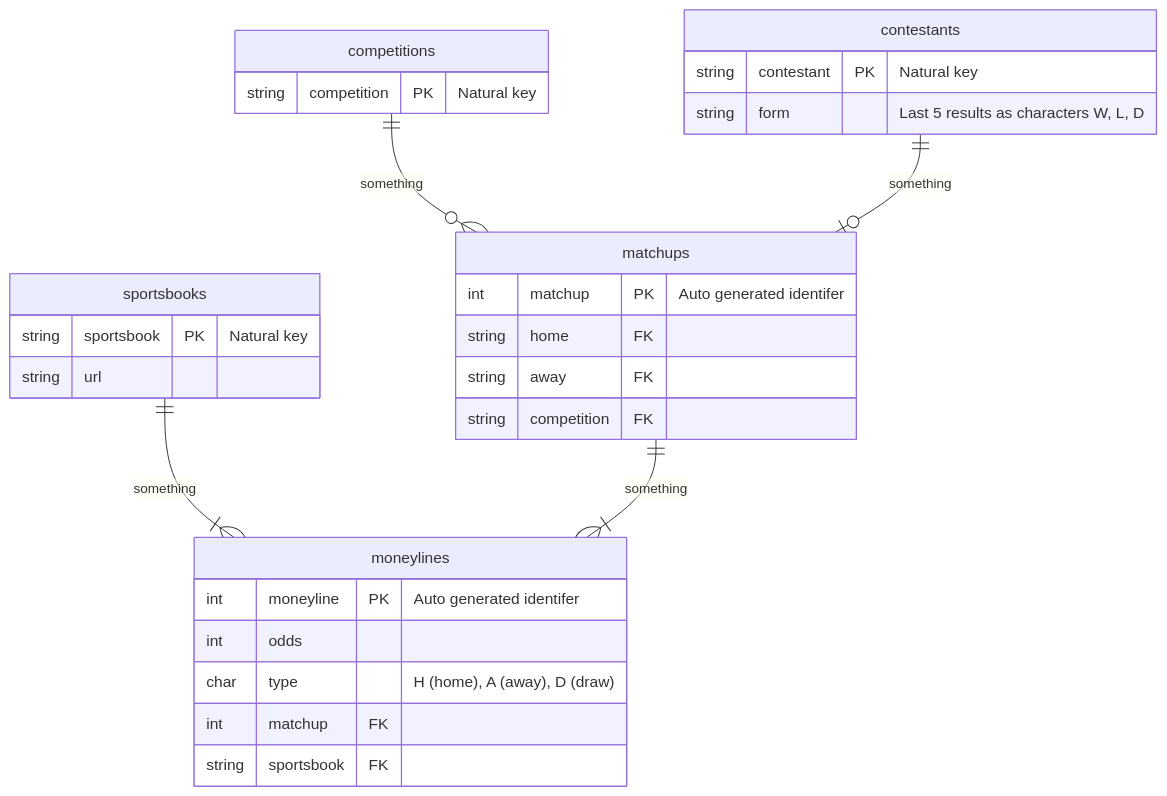
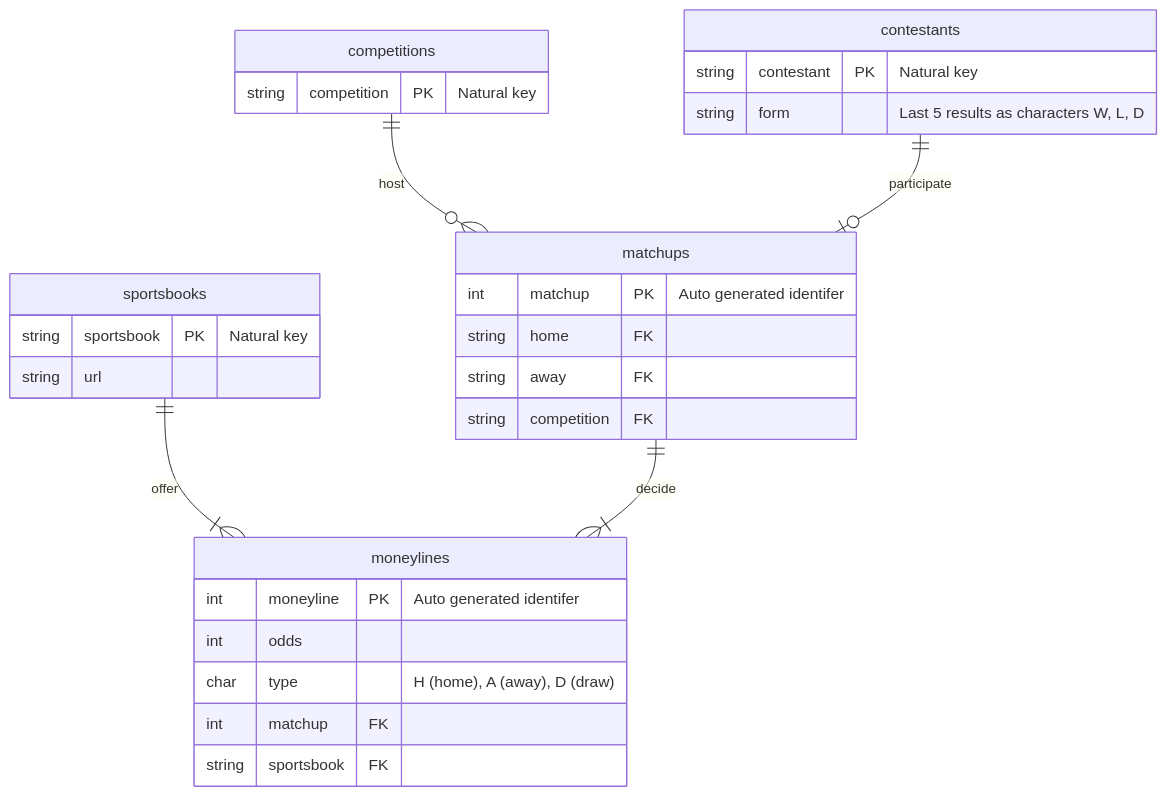
One commit to EECE3093C/team-project-the-over-under changed the diagram in docs/DatabaseDesign/DB-ERD.md. Above: the diagram before and after it, drawn with Mermaid.

Commit message:
Update DB-ERD.md
#65

````diff
--- a/docs/DatabaseDesign/DB-ERD.md
+++ b/docs/DatabaseDesign/DB-ERD.md
@@ -1,37 +1,37 @@
 ```mermaid
 
 erDiagram
-  sportsbooks ||--|{ moneylines : something
+  sportsbooks ||--|{ moneylines : offer
   sportsbooks {
     string sportsbook PK "Natural key"
     string url
   }
   
-  competitions ||--o{ matchups : something
+  competitions ||--o{ matchups : host
   competitions {
     string competition PK "Natural key"
   }
   
-  contestants ||--o| matchups : something
+  contestants ||--o| matchups : participate
   contestants {
     string contestant PK "Natural key"
     string form "Last 5 results as characters W, L, D"
   }
   
-  matchups ||--|{ moneylines : something
+  matchups ||--|{ moneylines : decide
   matchups {
     int matchup PK "Auto generated identifer"
     string home FK
     string away FK
     string competition FK
   }
   
   moneylines {
     int moneyline PK "Auto generated identifer"
     int odds
     char type "H (home), A (away), D (draw)"
     int matchup FK
     string sportsbook FK
   }
 
 ```
````
